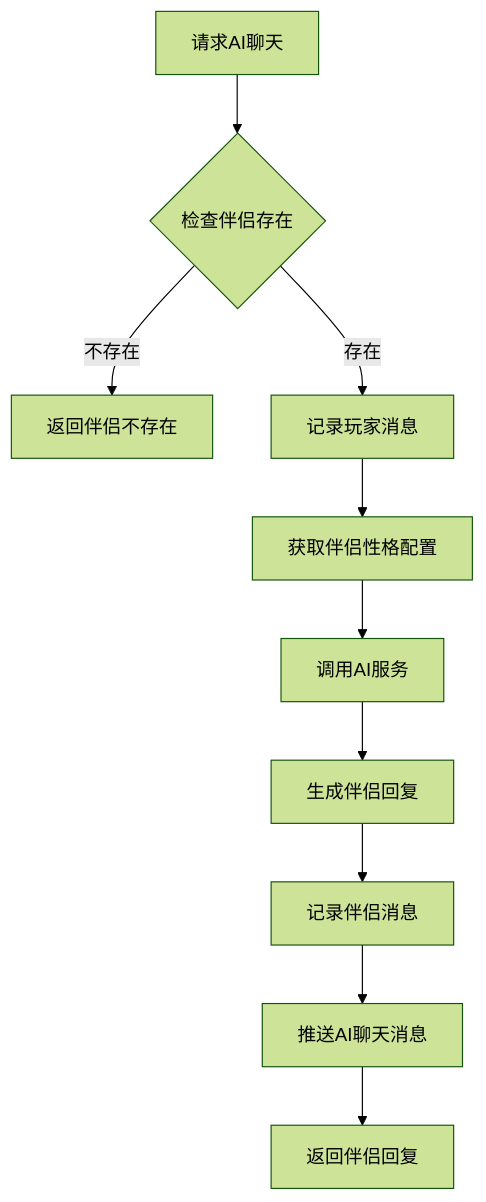
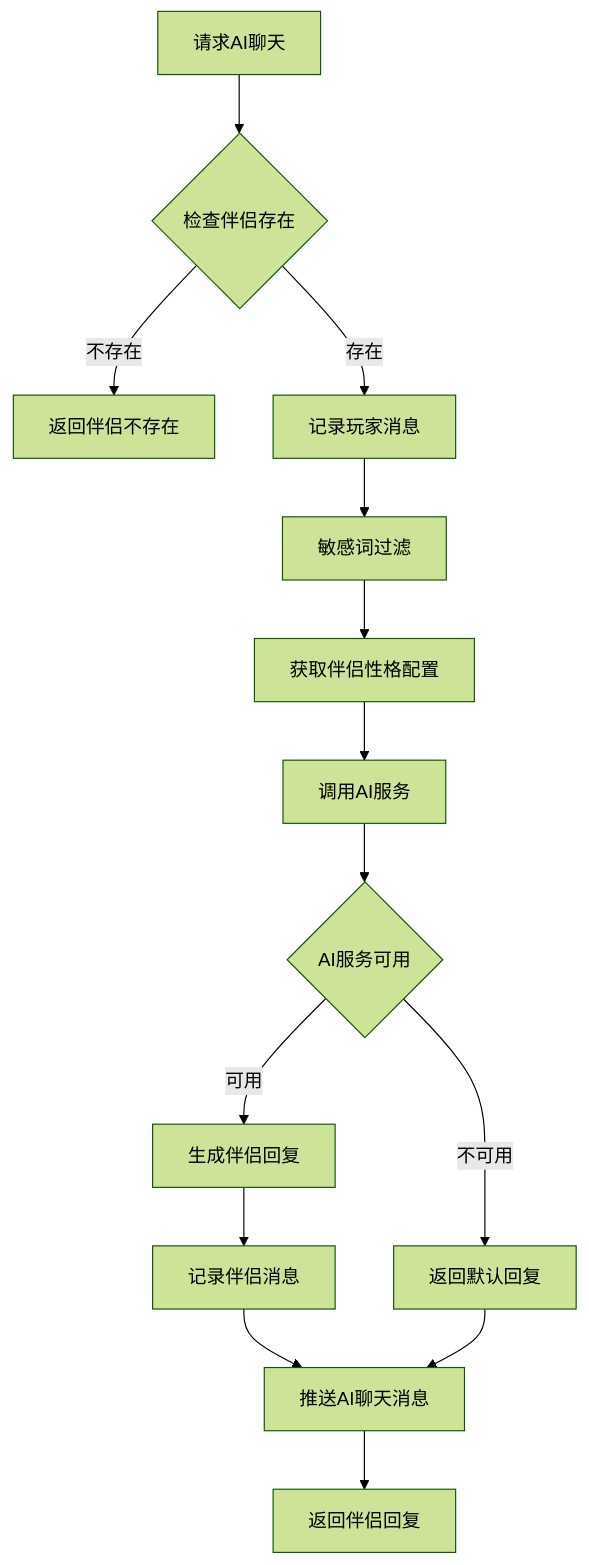
One commit to Alan-Ben/k2c_game_framework changed the third of 5 diagrams in docs/Module_Consort/05_完整说明.md. Above: the diagram before and after it, drawn with Mermaid (forest theme). The commit also changed other lines of this file and 5 other files, not shown here.

````diff
--- a/docs/Module_Consort/05_完整说明.md
+++ b/docs/Module_Consort/05_完整说明.md
@@ -141,12 +148,16 @@
 ```mermaid
 flowchart TD
     A[请求AI聊天] --> B{检查伴侣存在}
     B -->|不存在| C[返回伴侣不存在]
     B -->|存在| D[记录玩家消息]
-    D --> E[获取伴侣性格配置]
-    E --> F[调用AI服务]
-    F --> G[生成伴侣回复]
-    G --> H[记录伴侣消息]
-    H --> I[推送AI聊天消息]
-    I --> J[返回伴侣回复]
+    D --> E[敏感词过滤]
+    E --> F[获取伴侣性格配置]
+    F --> G[调用AI服务]
+    G --> H{AI服务可用}
+    H -->|不可用| I[返回默认回复]
+    H -->|可用| J[生成伴侣回复]
+    J --> K[记录伴侣消息]
+    K --> L[推送AI聊天消息]
+    L --> M[返回伴侣回复]
+    I --> L
 ```
````
